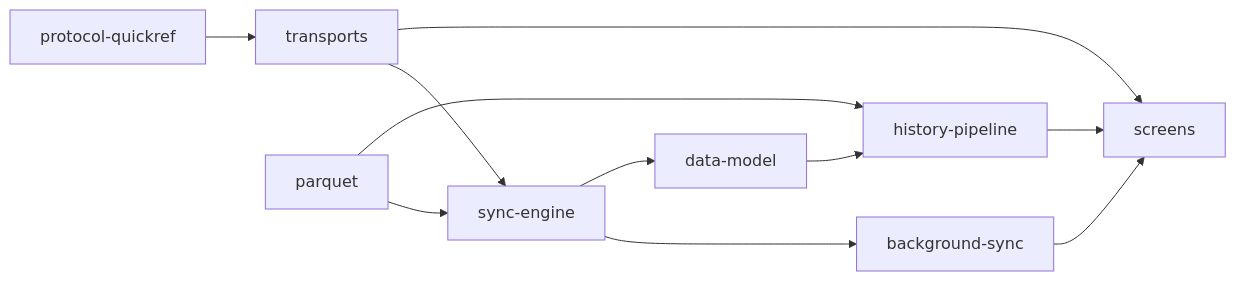
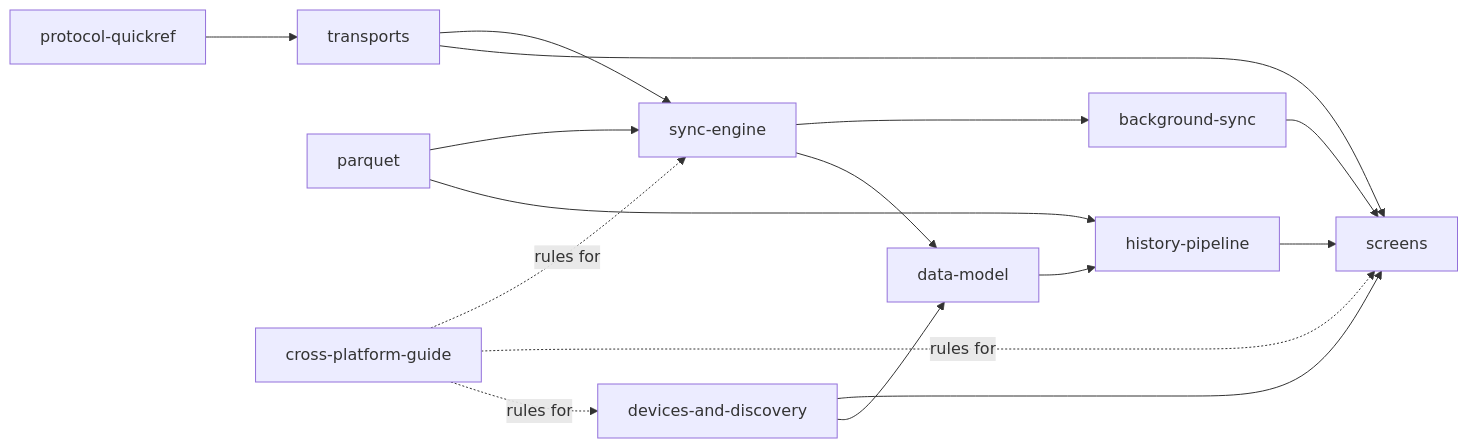
Before and after one commit to walkthru-earth/opensensor-space-mobile: the diagram in docs/README.md, drawn with Mermaid. The commit also changed other lines of this file and 7 other files, not shown here.

````diff
--- a/docs/README.md
+++ b/docs/README.md
@@ -37,13 +49,16 @@
 ```mermaid
 flowchart LR
+  F[devices-and-discovery] --> U[screens]
+  F --> D
   P[protocol-quickref] --> T[transports]
   T --> S[sync-engine]
   S --> B[background-sync]
   S --> D[data-model]
   D --> H[history-pipeline]
   Q[parquet] --> S
   Q --> H
-  H --> U[screens]
+  H --> U
   T --> U
   B --> U
+  X[cross-platform-guide] -.rules for.-> S & U & F
 ```
````
